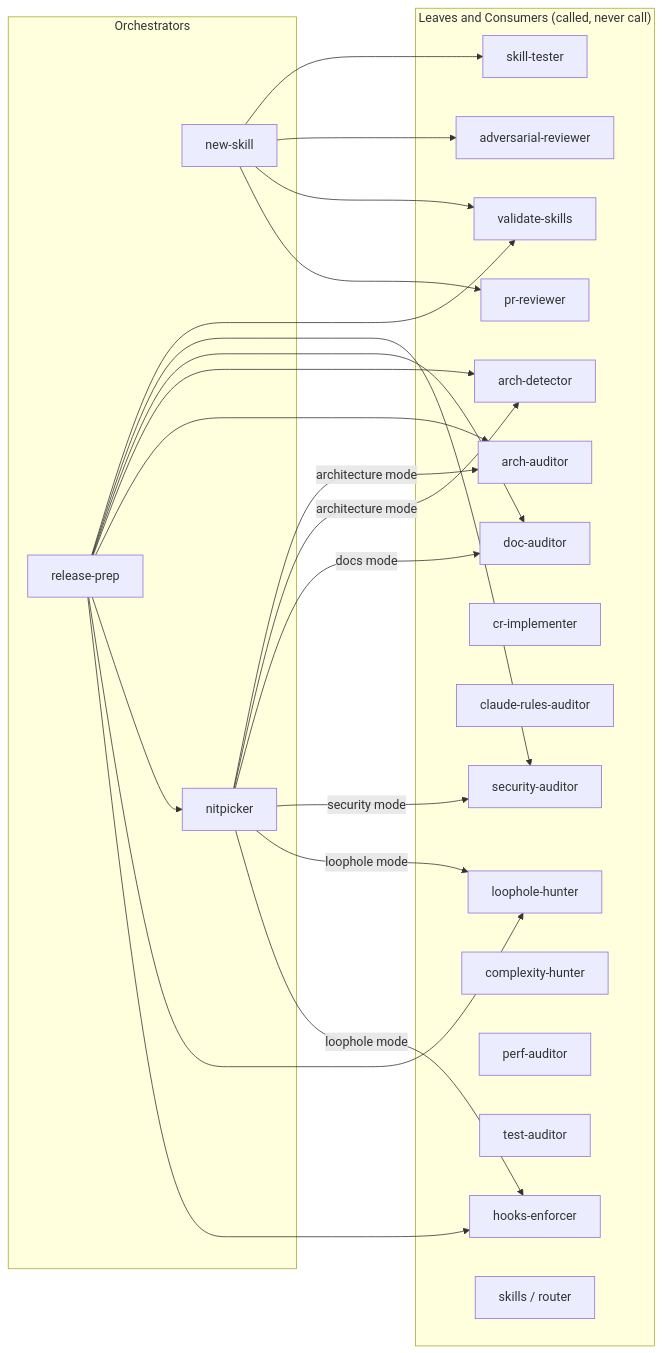
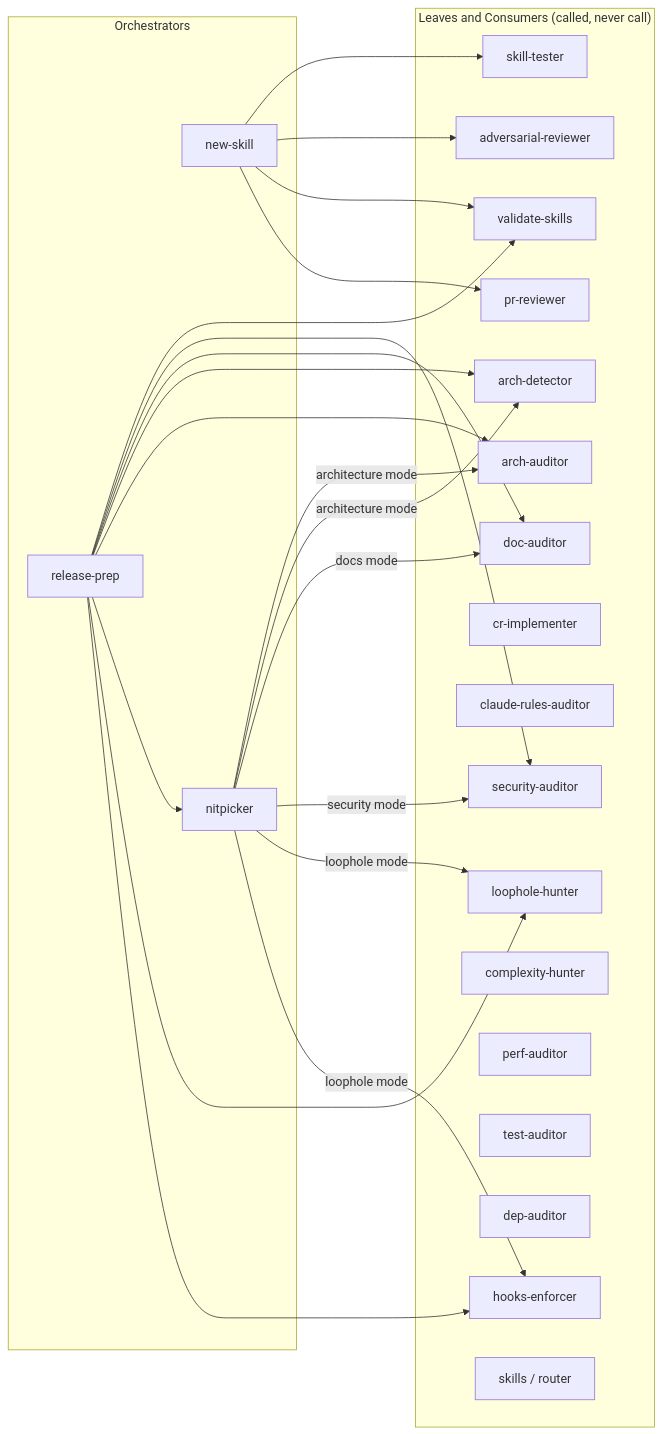
One commit to ivuorinen/skills changed the sixth of 6 diagrams in .claude/skills/README.md. Above: the diagram before and after it, drawn with Mermaid. The commit also changed other lines of this file and 6 other files, not shown here.

First line of the commit message:
feat: add dep-auditor skill (#34)

````diff
--- a/.claude/skills/README.md
+++ b/.claude/skills/README.md
@@ -300,48 +308,49 @@
 ```mermaid
 graph LR
     subgraph orchestrators["Orchestrators"]
         NS[new-skill]
         RP[release-prep]
         NP[nitpicker]
     end
 
     subgraph leaves["Leaves and Consumers (called, never call)"]
         AR[adversarial-reviewer]
         VS[validate-skills]
         AD[arch-detector]
         AA[arch-auditor]
         DA[doc-auditor]
         PR[pr-reviewer]
         SA[security-auditor]
         CRI[cr-implementer]
         CRA[claude-rules-auditor]
         LH[loophole-hunter]
         HE[hooks-enforcer]
         CH[complexity-hunter]
         PA[perf-auditor]
         TA[test-auditor]
+        DEP[dep-auditor]
         ST[skill-tester]
         SK[skills / router]
     end
 
     NS --> ST
     NS --> AR
     NS --> VS
     NS --> PR
 
     RP --> VS
     RP --> SA
     RP --> DA
     RP --> AD
     RP --> AA
     RP --> NP
     RP --> LH
     RP --> HE
 
     NP -->|architecture mode| AA
     NP -->|architecture mode| AD
     NP -->|docs mode| DA
     NP -->|security mode| SA
     NP -->|loophole mode| LH
     NP -->|loophole mode| HE
 ```
````
